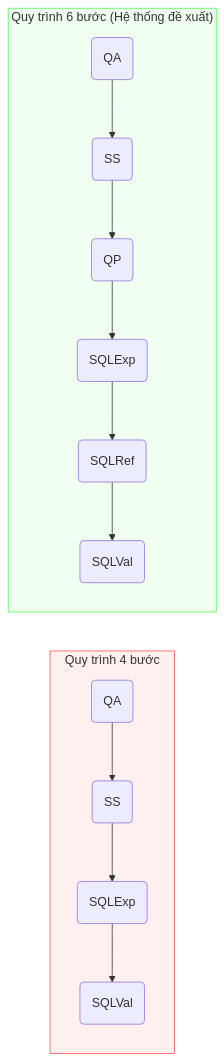
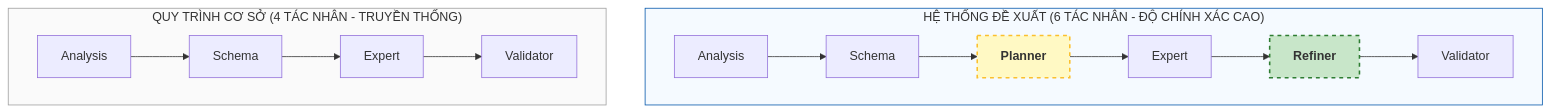
The third of 5 diagrams in complete_paper_combined_vi.md (thanhmiyata/luan-van-tot-nghiep), drawn with Mermaid before and after one commit. The commit also changed other lines of this file, not shown here.

Commit message:
update graph

````diff
--- a/complete_paper_combined_vi.md
+++ b/complete_paper_combined_vi.md
@@ -354,15 +354,19 @@
 ```mermaid
-graph LR
-    subgraph P4["Quy trình 4 bước"]
-        direction TB
-        B1(QA) --> B2(SS) --> B3(SQLExp) --> B4(SQLVal)
-    end
-    
-    subgraph P6["Quy trình 6 bước (Hệ thống đề xuất)"]
-        direction TB
-        A1(QA) --> A2(SS) --> A3(QP) --> A4(SQLExp) --> A5(SQLRef) --> A6(SQLVal)
+graph TD
+    subgraph P6 ["HỆ THỐNG ĐỀ XUẤT (6 TÁC NHÂN - ĐỘ CHÍNH XÁC CAO)"]
+        direction LR
+        A1["Analysis"] --> A2["Schema"] --> A3["<b>Planner</b>"] --> A4["Expert"] --> A5["<b>Refiner</b>"] --> A6["Validator"]
     end
 
-    style P4 fill:#fff0f0,stroke:#ff5555
-    style P6 fill:#f0fff0,stroke:#55ff55
+    subgraph P4 ["QUY TRÌNH CƠ SỞ (4 TÁC NHÂN - TRUYỀN THỐNG)"]
+        direction LR
+        B1["Analysis"] --> B2["Schema"] --> B4["Expert"] --> B6["Validator"]
+    end
+
+    %% Highlight the critical added agents
+    style A3 fill:#fff9c4,stroke:#fbc02d,stroke-width:2px,stroke-dasharray: 5 5
+    style A5 fill:#c8e6c9,stroke:#2e7d32,stroke-width:2px,stroke-dasharray: 5 5
+    
+    style P6 fill:#f5faff,stroke:#0055aa
+    style P4 fill:#fafafa,stroke:#9e9e9e
 ```
````
